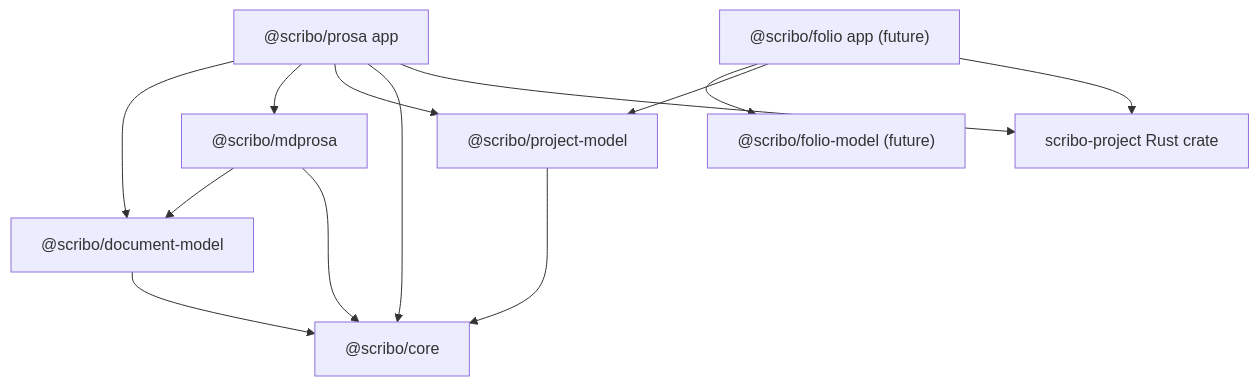
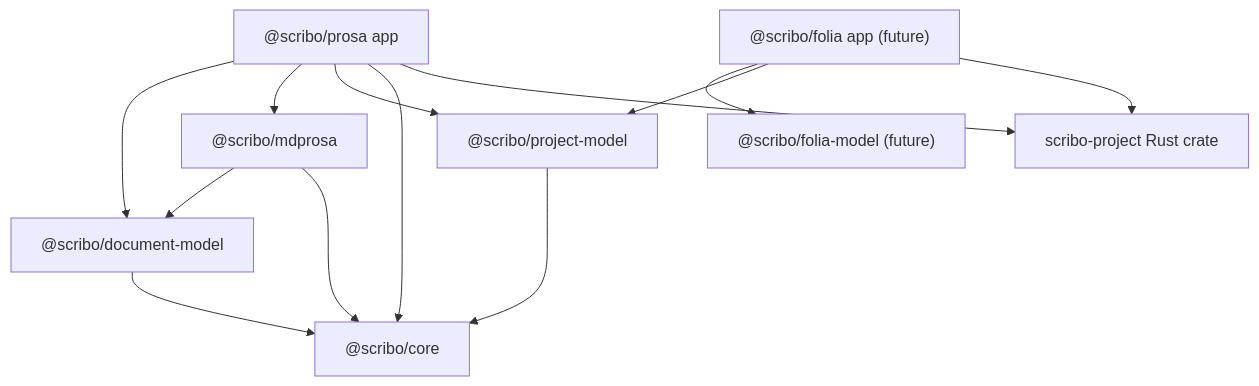
The second of 2 diagrams in docs/specs/multi-application-project-architecture.md (erista-scribam/base), drawn with Mermaid before and after one commit. The commit also changed other lines of this file and 17 other files, not shown here.

````diff
--- a/docs/specs/multi-application-project-architecture.md
+++ b/docs/specs/multi-application-project-architecture.md
@@ -396,24 +396,24 @@
 ```mermaid
 flowchart TB
   Core["@scribo/core"]
   PM["@scribo/project-model"]
   MD["@scribo/mdprosa"]
   DM["@scribo/document-model"]
-  FolioM["@scribo/folio-model (future)"]
+  FoliaM["@scribo/folia-model (future)"]
   Prosa["@scribo/prosa app"]
-  Folio["@scribo/folio app (future)"]
+  Folia["@scribo/folia app (future)"]
   RustP["scribo-project Rust crate"]
 
   DM --> Core
   PM --> Core
   MD --> DM
   MD --> Core
   Prosa --> DM
   Prosa --> MD
   Prosa --> PM
   Prosa --> Core
-  Folio --> FolioM
-  Folio --> PM
+  Folia --> FoliaM
+  Folia --> PM
   Prosa --> RustP
-  Folio --> RustP
+  Folia --> RustP
 ```
````
